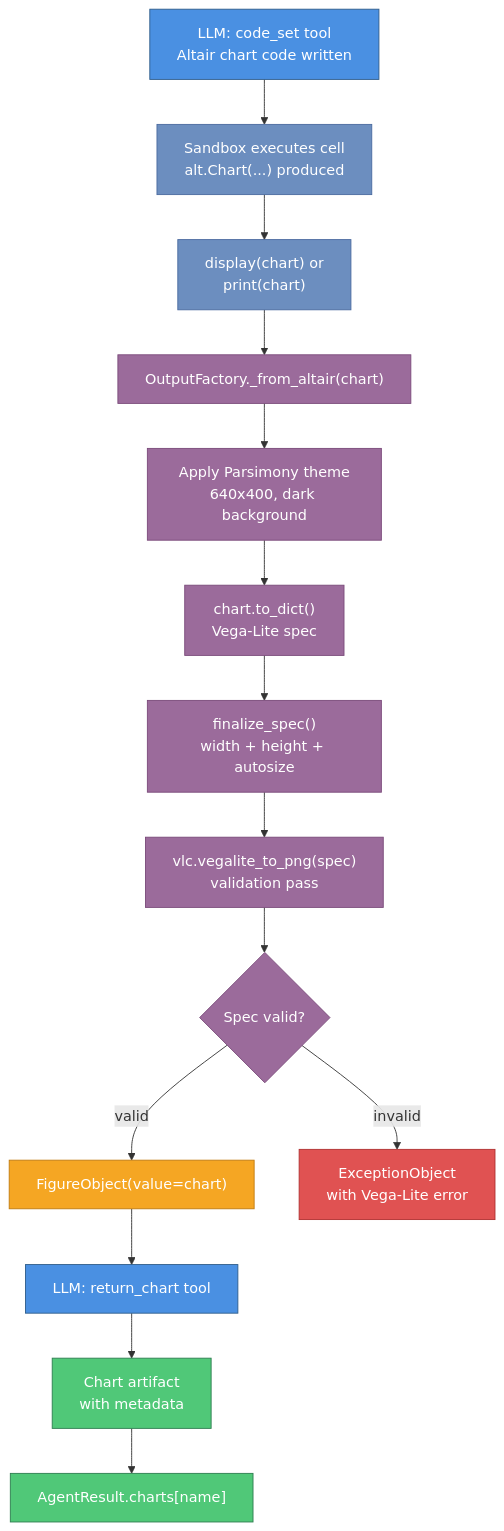
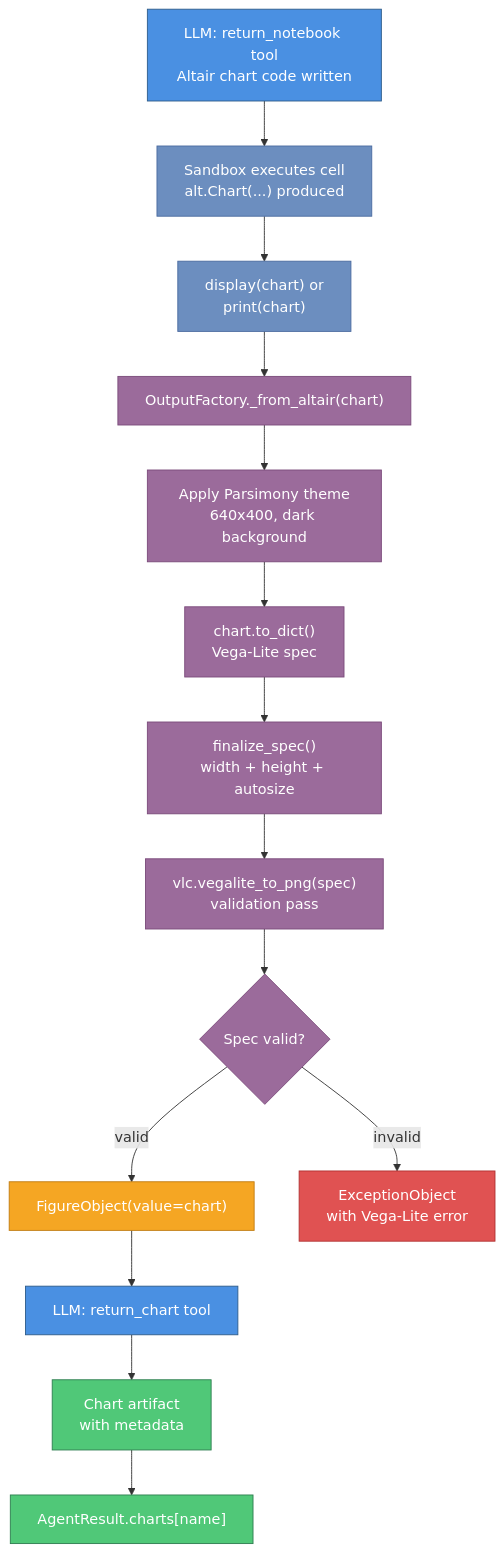
Before and after one commit to ockham-sh/parsimony-agents: the fourth of 4 diagrams in docs/ARCHITECTURE.md, drawn with Mermaid. The commit also changed other lines of this file and 15 other files, not shown here.

````diff
--- a/docs/ARCHITECTURE.md
+++ b/docs/ARCHITECTURE.md
@@ -737,28 +738,28 @@
 ```mermaid
 graph TD
     classDef llm fill:#4A90E2,stroke:#2E5C8A,color:#fff
     classDef sandbox fill:#6C8EBF,stroke:#4A6A9F,color:#fff
     classDef factory fill:#9B6B9B,stroke:#7A4A7A,color:#fff
     classDef store fill:#F5A623,stroke:#C07B10,color:#fff
     classDef output fill:#50C878,stroke:#2E7D50,color:#fff
     classDef error fill:#E05252,stroke:#B03030,color:#fff
 
-    A["LLM: code_set tool\nAltair chart code written"]:::llm
+    A["LLM: return_notebook tool\nAltair chart code written"]:::llm
     B["Sandbox executes cell\nalt.Chart(...) produced"]:::sandbox
     C["display(chart) or\nprint(chart)"]:::sandbox
     D["OutputFactory._from_altair(chart)"]:::factory
     E["Apply Parsimony theme\n640x400, dark background"]:::factory
     F["chart.to_dict()\nVega-Lite spec"]:::factory
     G["finalize_spec()\nwidth + height + autosize"]:::factory
     H["vlc.vegalite_to_png(spec)\nvalidation pass"]:::factory
     I{"Spec valid?"}:::factory
     J["FigureObject(value=chart)"]:::store
     K["ExceptionObject\nwith Vega-Lite error"]:::error
     M["LLM: return_chart tool"]:::llm
     N["Chart artifact\nwith metadata"]:::output
     O["AgentResult.charts[name]"]:::output
 
     A --> B --> C --> D --> E --> F --> G --> H --> I
     I -->|"valid"| J --> M --> N --> O
     I -->|"invalid"| K
 ```
````
